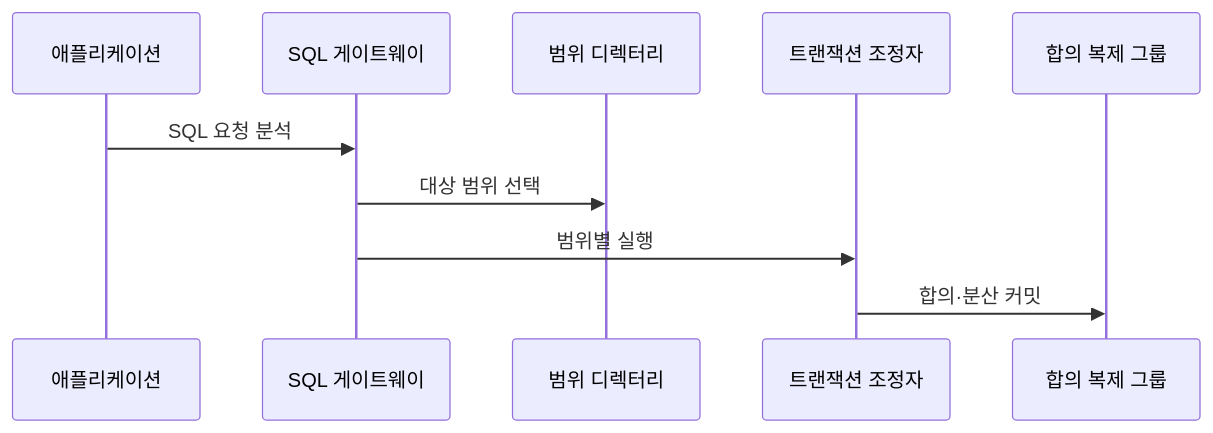
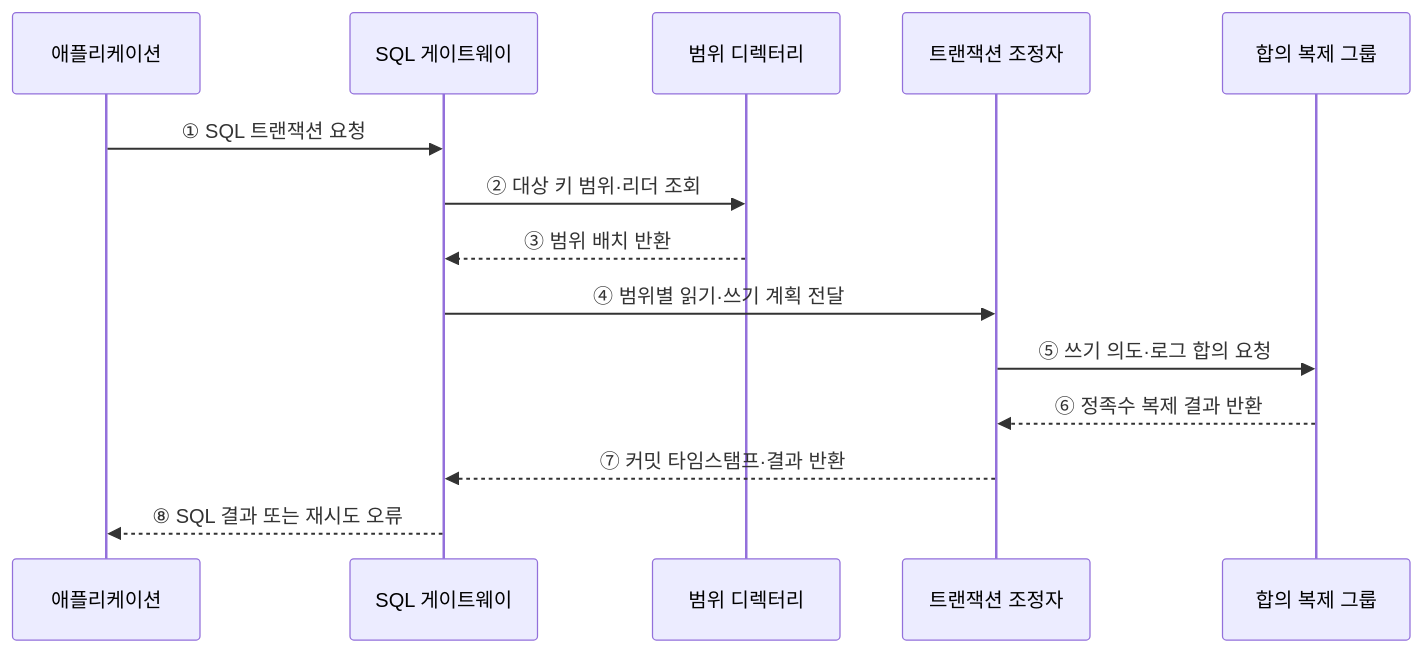
One commit to agnusdei1207/knowledge-base changed the second of 2 diagrams in src/content/docs/notes/03-software/115_newsql.md. Above: the diagram before and after it, drawn with Mermaid. The commit also changed other lines of this file and 20 other files, not shown here.

````diff
--- a/src/content/docs/notes/03-software/115_newsql.md
+++ b/src/content/docs/notes/03-software/115_newsql.md
@@ -87,12 +76,16 @@
 ```mermaid
 sequenceDiagram
     participant A as 애플리케이션
     participant G as SQL 게이트웨이
     participant D as 범위 디렉터리
     participant C as 트랜잭션 조정자
     participant R as 합의 복제 그룹
-    A->>G: SQL 요청 분석
-    G->>D: 대상 범위 선택
-    G->>C: 범위별 실행
-    C->>R: 합의·분산 커밋
+    A->>G: ① SQL 트랜잭션 요청
+    G->>D: ② 대상 키 범위·리더 조회
+    D-->>G: ③ 범위 배치 반환
+    G->>C: ④ 범위별 읽기·쓰기 계획 전달
+    C->>R: ⑤ 쓰기 의도·로그 합의 요청
+    R-->>C: ⑥ 정족수 복제 결과 반환
+    C-->>G: ⑦ 커밋 타임스탬프·결과 반환
+    G-->>A: ⑧ SQL 결과 또는 재시도 오류
 ```
````
